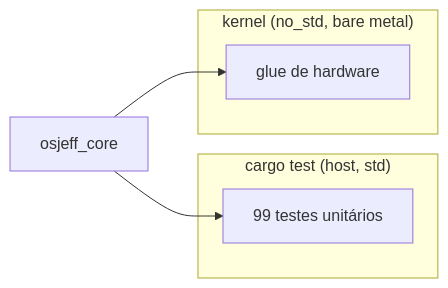
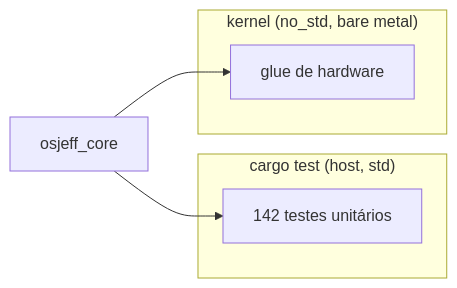
One commit to Jeffinp/OSjeff changed the first of 5 diagrams in docs/ARCHITECTURE.md. Above: the diagram before and after it, drawn with Mermaid. The commit also changed other lines of this file and 2 other files, not shown here.

First line of the commit message:
docs: atualiza testes e cobertura (142 testes, ~98%)

````diff
--- a/docs/ARCHITECTURE.md
+++ b/docs/ARCHITECTURE.md
@@ -30,11 +30,11 @@
 ```mermaid
 flowchart LR
     subgraph host["cargo test (host, std)"]
-        T["99 testes unitários"]
+        T["142 testes unitários"]
     end
     subgraph prod["kernel (no_std, bare metal)"]
         K["glue de hardware"]
     end
     CORE["osjeff_core"] --> T
     CORE --> K
 ```
````
